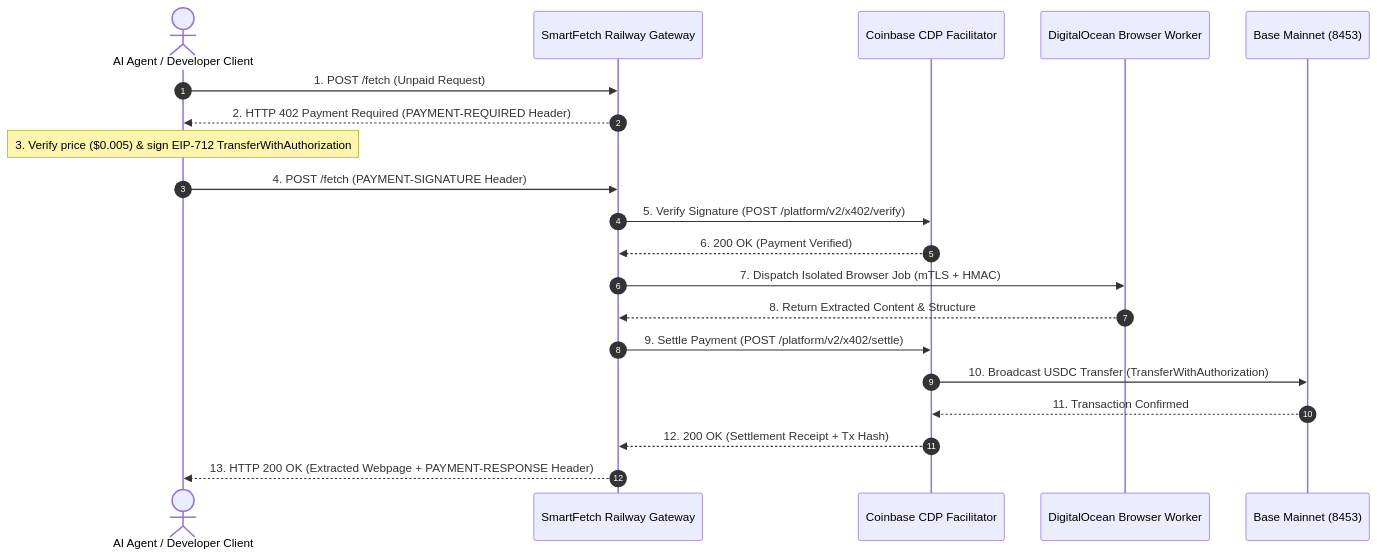
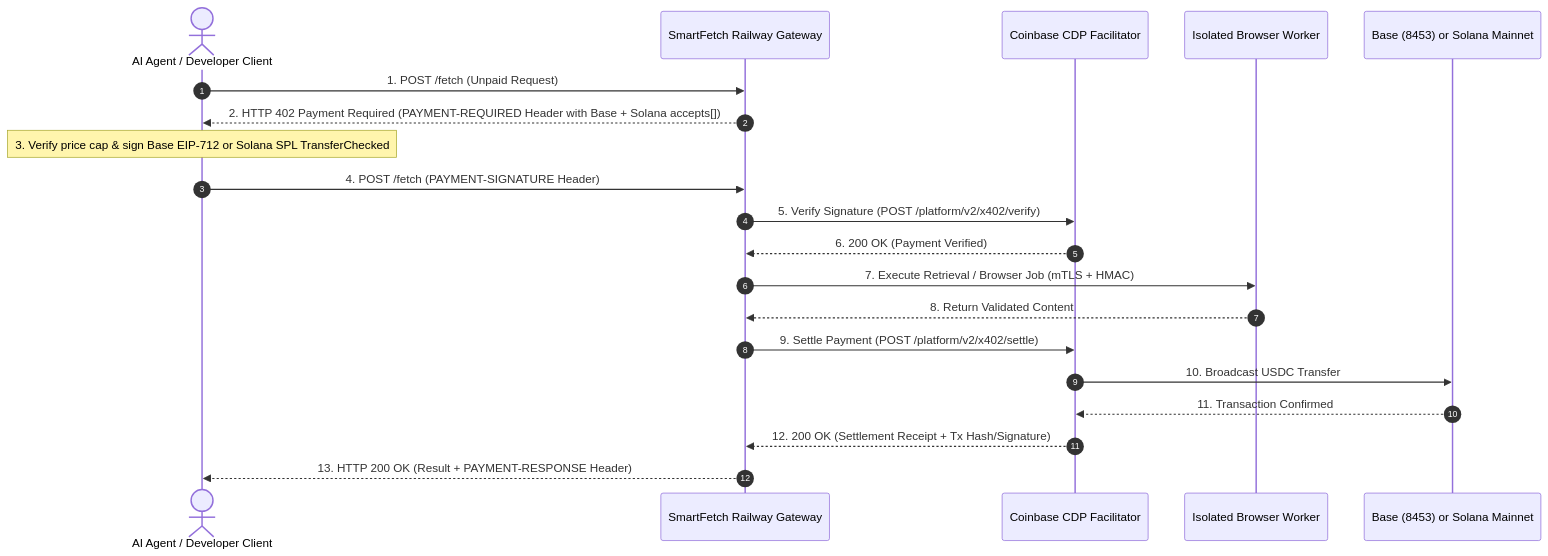
One commit to Friezaaaa/smartfetch changed the diagram in docs/agent-payment-guide.md. Above: the diagram before and after it, drawn with Mermaid. The commit also changed other lines of this file and 3 other files, not shown here.

Commit message:
docs: add Solana mainnet HTTP buyer script, tests, and dual-chain payment guide

````diff
--- a/docs/agent-payment-guide.md
+++ b/docs/agent-payment-guide.md
@@ -31,23 +37,23 @@
 ```mermaid
 sequenceDiagram
     autonumber
     actor Buyer as AI Agent / Developer Client
     participant GW as SmartFetch Railway Gateway
     participant CDP as Coinbase CDP Facilitator
-    participant Worker as DigitalOcean Browser Worker
-    participant Base as Base Mainnet (8453)
+    participant Worker as Isolated Browser Worker
+    participant Chain as Base (8453) or Solana Mainnet
 
     Buyer->>GW: 1. POST /fetch (Unpaid Request)
-    GW-->>Buyer: 2. HTTP 402 Payment Required (PAYMENT-REQUIRED Header)
-    Note over Buyer: 3. Verify price ($0.005) & sign EIP-712 TransferWithAuthorization
+    GW-->>Buyer: 2. HTTP 402 Payment Required (PAYMENT-REQUIRED Header with Base + Solana accepts[])
+    Note over Buyer: 3. Verify price cap & sign Base EIP-712 or Solana SPL TransferChecked
     Buyer->>GW: 4. POST /fetch (PAYMENT-SIGNATURE Header)
     GW->>CDP: 5. Verify Signature (POST /platform/v2/x402/verify)
     CDP-->>GW: 6. 200 OK (Payment Verified)
-    GW->>Worker: 7. Dispatch Isolated Browser Job (mTLS + HMAC)
-    Worker-->>GW: 8. Return Extracted Content & Structure
+    GW->>Worker: 7. Execute Retrieval / Browser Job (mTLS + HMAC)
+    Worker-->>GW: 8. Return Validated Content
     GW->>CDP: 9. Settle Payment (POST /platform/v2/x402/settle)
-    CDP->>Base: 10. Broadcast USDC Transfer (TransferWithAuthorization)
-    Base-->>CDP: 11. Transaction Confirmed
-    CDP-->>GW: 12. 200 OK (Settlement Receipt + Tx Hash)
-    GW-->>Buyer: 13. HTTP 200 OK (Extracted Webpage + PAYMENT-RESPONSE Header)
+    CDP->>Chain: 10. Broadcast USDC Transfer
+    Chain-->>CDP: 11. Transaction Confirmed
+    CDP-->>GW: 12. 200 OK (Settlement Receipt + Tx Hash/Signature)
+    GW-->>Buyer: 13. HTTP 200 OK (Result + PAYMENT-RESPONSE Header)
 ```
````
